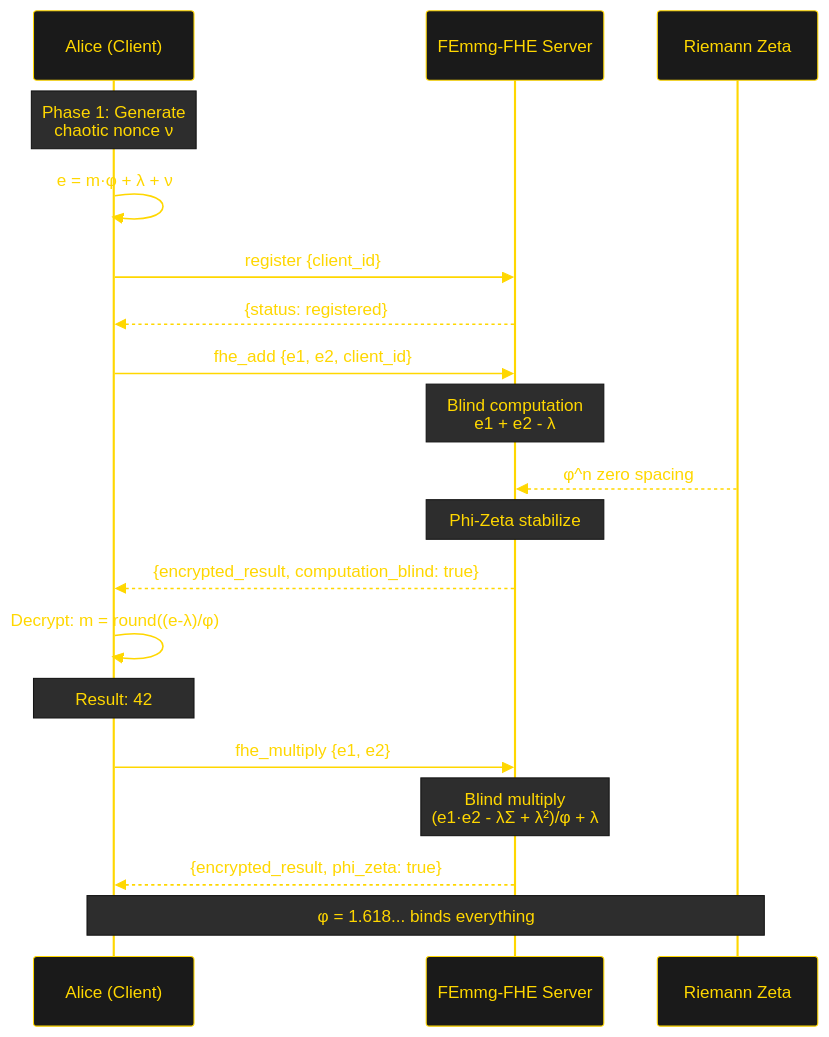
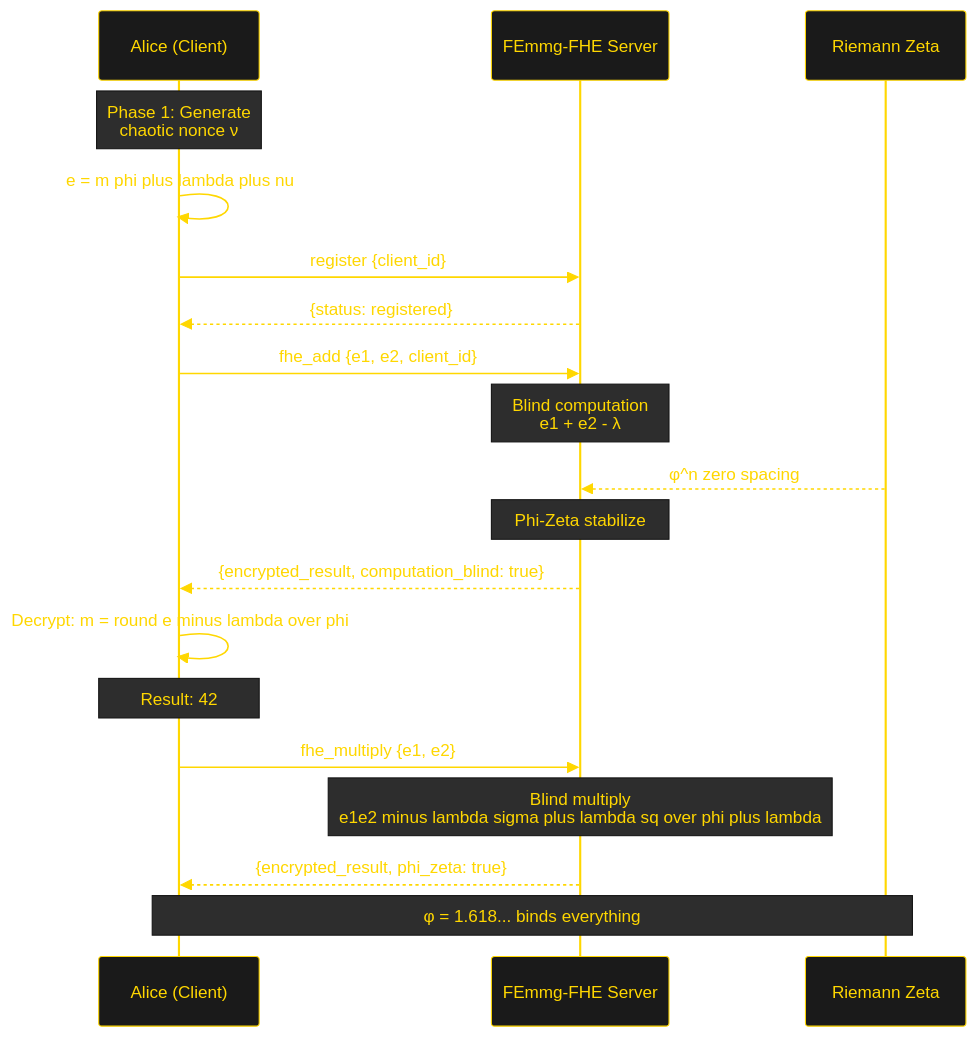
The second of 2 diagrams in README.md (primordialomegazero/femmgFHE), drawn with Mermaid before and after one commit. The commit also changed other lines of this file, not shown here.

Commit message:
fix: Mermaid special chars replaced with plain text

````diff
--- a/README.md
+++ b/README.md
@@ -162,27 +162,27 @@
 ```mermaid
 %%{init: {'theme': 'base', 'themeVariables': { 'background': '#1a1a1a', 'primaryColor': '#1a1a1a', 'primaryTextColor': '#ffd700', 'primaryBorderColor': '#ffd700', 'lineColor': '#ffd700', 'secondaryColor': '#2d2d2d', 'tertiaryColor': '#1a1a1a', 'noteBkgColor': '#2d2d2d', 'noteTextColor': '#ffd700', 'fontFamily': 'monospace', 'fontSize': '14px'}}}%%
 sequenceDiagram
     participant Alice as Alice (Client)
     participant Server as FEmmg-FHE Server
     participant Zeta as Riemann Zeta
     
     Note over Alice: Phase 1: Generate<br/>chaotic nonce ν
-    Alice->>Alice: e = m·φ + λ + ν
+    Alice->>Alice: e = m phi plus lambda plus nu
     Alice->>Server: register {client_id}
     Server-->>Alice: {status: registered}
     
     Alice->>Server: fhe_add {e1, e2, client_id}
     Note over Server: Blind computation<br/>e1 + e2 - λ
     Zeta-->>Server: φ^n zero spacing
     Note over Server: Phi-Zeta stabilize
     Server-->>Alice: {encrypted_result, computation_blind: true}
     
-    Alice->>Alice: Decrypt: m = round((e-λ)/φ)
+    Alice->>Alice: Decrypt: m = round e minus lambda over phi
     Note over Alice: Result: 42
     
     Alice->>Server: fhe_multiply {e1, e2}
-    Note over Server: Blind multiply<br/>(e1·e2 - λΣ + λ²)/φ + λ
+    Note over Server: Blind multiply<br/>e1e2 minus lambda sigma plus lambda sq over phi plus lambda
     Server-->>Alice: {encrypted_result, phi_zeta: true}
     
     Note over Alice,Zeta: φ = 1.618... binds everything
 ```
````
